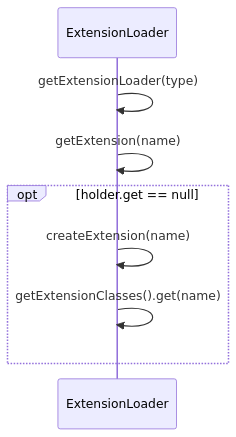
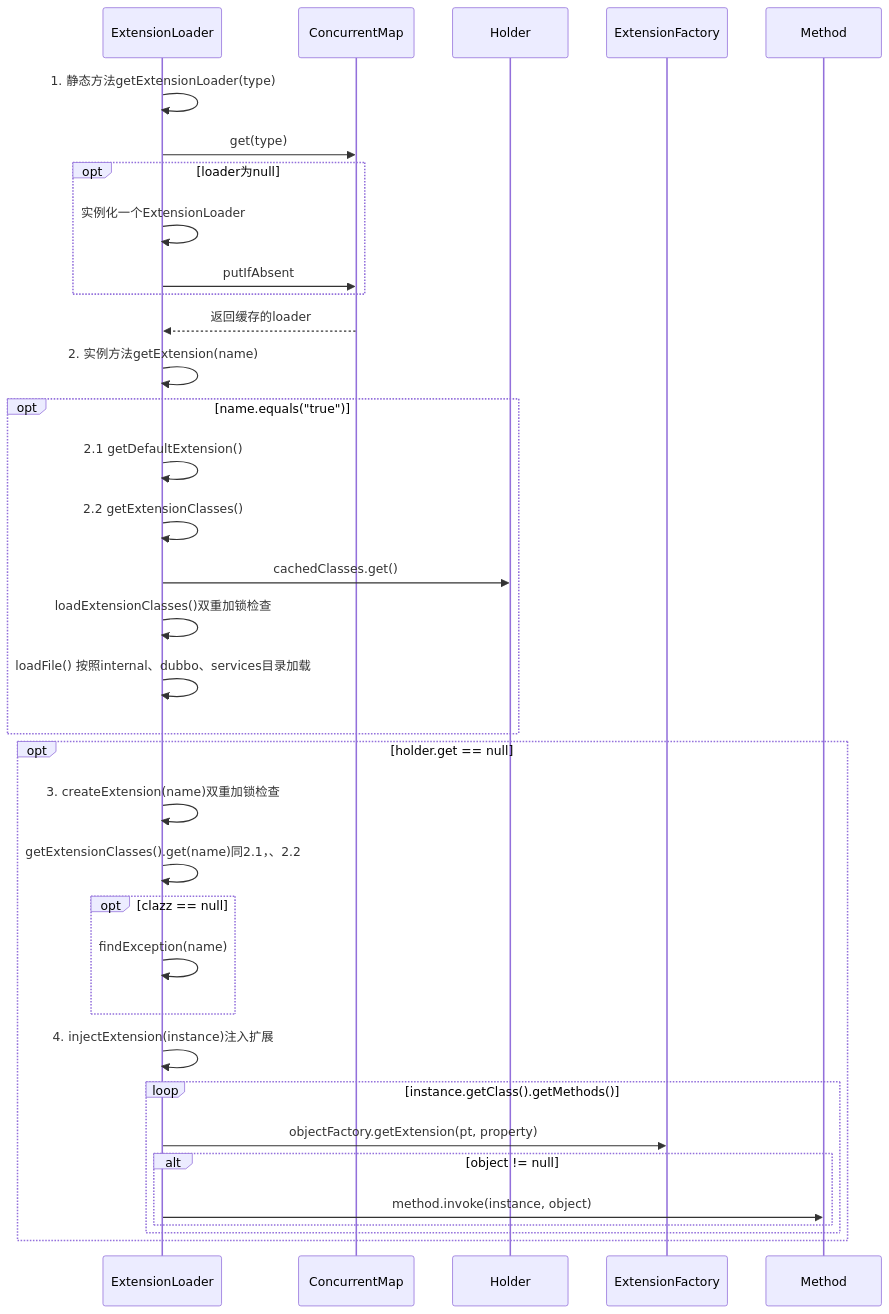
One commit to onlyonion/development changed the diagram in 30-distributed/src/dubbo/common/extension.md. Above: the diagram before and after it, drawn with Mermaid. The commit also changed other lines of this file and 15 other files, not shown here.

````diff
--- a/30-distributed/src/dubbo/common/extension.md
+++ b/30-distributed/src/dubbo/common/extension.md
@@ -4,14 +18,41 @@
 ```mermaid
 sequenceDiagram
     %% 从缓存中获取与拓展类对应的 ExtensionLoader，若缓存未命中，则创建
-    ExtensionLoader->>ExtensionLoader: getExtensionLoader(type)
+    ExtensionLoader->>ExtensionLoader: 1. 静态方法getExtensionLoader(type)
+    ExtensionLoader->>ConcurrentMap: get(type)
+    opt loader为null
+        ExtensionLoader->>ExtensionLoader:实例化一个ExtensionLoader
+        ExtensionLoader->>ConcurrentMap:putIfAbsent
+    end
+        ConcurrentMap-->>ExtensionLoader:返回缓存的loader
     
+    %% 是否获得默认的扩展
+    ExtensionLoader->>ExtensionLoader: 2. 实例方法getExtension(name)
+    opt name.equals("true")
+        ExtensionLoader->>ExtensionLoader: 2.1 getDefaultExtension()
+        ExtensionLoader->>ExtensionLoader: 2.2 getExtensionClasses()
+        ExtensionLoader->>Holder:cachedClasses.get()
+        ExtensionLoader->>ExtensionLoader:loadExtensionClasses()双重加锁检查
+        ExtensionLoader->>ExtensionLoader:loadFile() 按照internal、dubbo、services目录加载
+    end
+
     %% 检查缓存，缓存未命中则创建拓展对象
-    ExtensionLoader->>ExtensionLoader: getExtension(name)
     opt holder.get == null 
-        ExtensionLoader->>ExtensionLoader: createExtension(name)
+        ExtensionLoader->>ExtensionLoader: 3. createExtension(name)双重加锁检查
+        ExtensionLoader->>ExtensionLoader: getExtensionClasses().get(name)同2.1，、2.2
+        
+        opt clazz == null
+            ExtensionLoader->>ExtensionLoader: findException(name)
+        end
 
-        ExtensionLoader->>ExtensionLoader: getExtensionClasses().get(name)
-        
+        ExtensionLoader->>ExtensionLoader: 4. injectExtension(instance)注入扩展
+
+        %% 循环遍历方法
+        loop instance.getClass().getMethods()
+            ExtensionLoader->>ExtensionFactory: objectFactory.getExtension(pt, property)
+            alt object != null
+                 ExtensionLoader->>Method:method.invoke(instance, object);
+            end
+        end
     end
 ```
````
